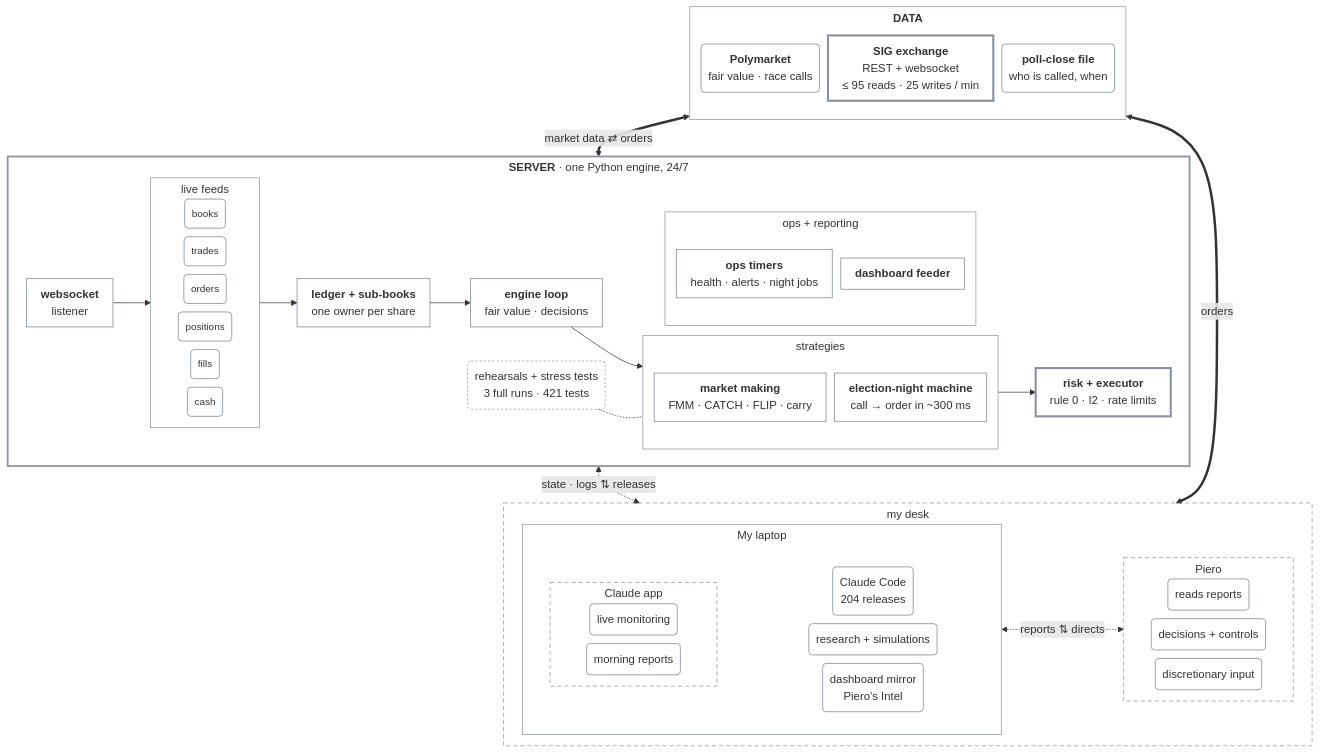
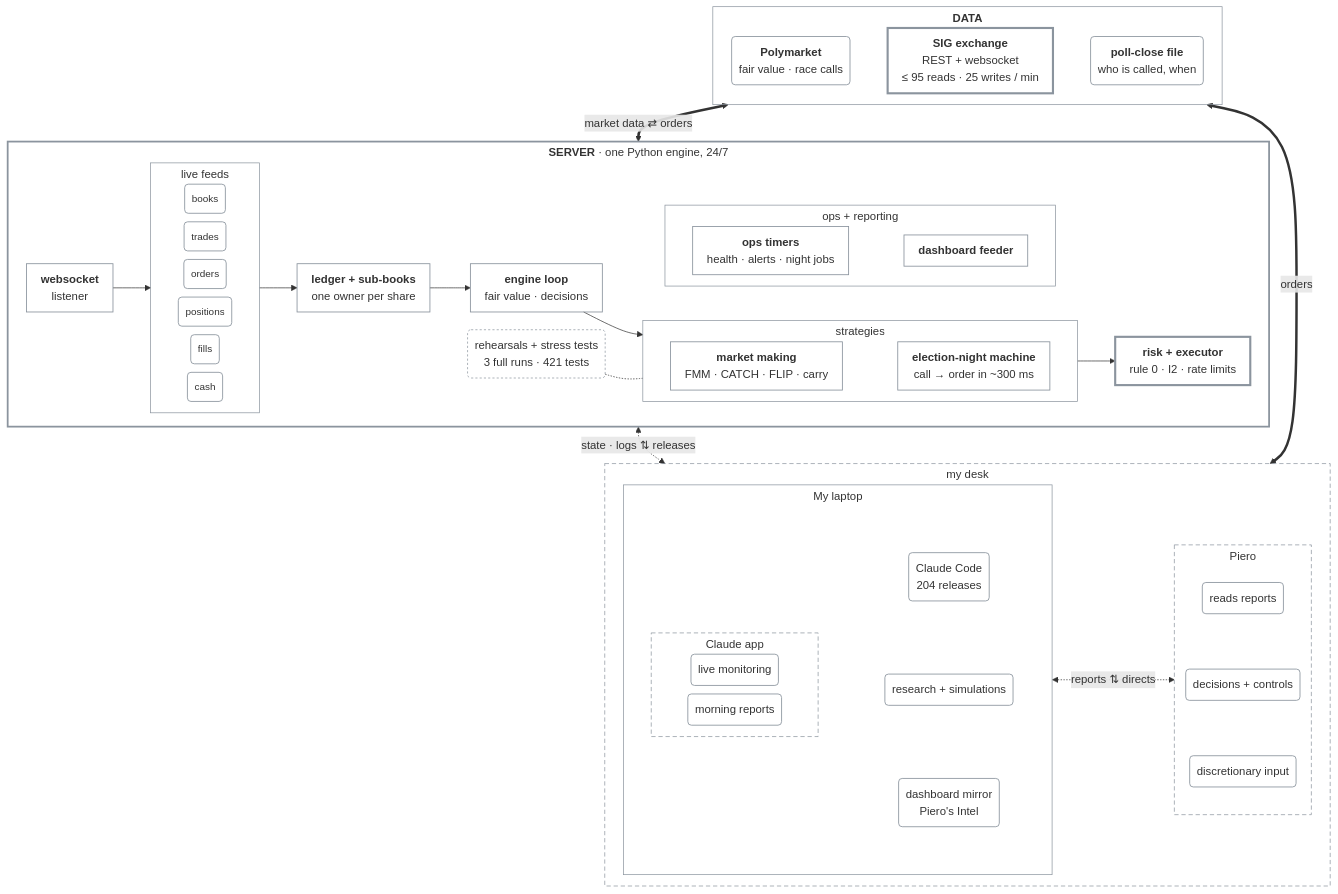
The diagram in README.md (pieropls/PredictionsCup26), drawn with Mermaid before and after one commit.

Commit message:
README: diagram v9 laid out for github.com
github.com draws mermaid with a newer layout that follows each group's direction: DATA, the strategies and ops + reporting stacked vertically and the boxes reordered. Group directions and invisible links now give the same layout as the v9 render. No box moved or renamed.

```diff
--- a/README.md
+++ b/README.md
@@ -79,10 +79,11 @@
 %%{init: {"flowchart": {"curve": "basis", "nodeSpacing": 12, "rankSpacing": 28, "padding": 10, "wrappingWidth": 300, "subGraphTitleMargin": {"top": 4, "bottom": 10}}, "themeVariables": {"fontSize": "16px"}}}%%
 flowchart TB
   subgraph DATA["<b>DATA</b>"]
-    direction TB
+    direction LR
     PM("<b>Polymarket</b><br/>fair value · race calls")
     SIG["<b>SIG exchange</b><br/>REST + websocket<br/>≤ 95 reads · 25 writes / min"]
     POLL("<b>poll-close file</b><br/>who is called, when")
+    PM ~~~ SIG ~~~ POLL
   end
 
   subgraph SERVER["<b>SERVER</b> · one Python engine, 24/7"]
@@ -100,16 +101,18 @@
     LEDGER["<b>ledger + sub-books</b><br/>one owner per share"]
     LOOP["<b>engine loop</b><br/>fair value · decisions"]
     subgraph STRAT["strategies"]
-      direction TB
+      direction LR
       MM["<b>market making</b><br/>FMM · CATCH · FLIP · carry"]
       NIGHT["<b>election-night machine</b><br/>call → order in ~300 ms"]
+      MM ~~~ NIGHT
     end
     REH("rehearsals + stress tests<br/>3 full runs · 421 tests")
     EXEC["<b>risk + executor</b><br/>rule 0 · I2 · rate limits"]
     subgraph SUPPORT["ops + reporting"]
-      direction TB
+      direction LR
       OPS["<b>ops timers</b><br/>health · alerts · night jobs"]
       FEEDER["<b>dashboard feeder</b>"]
+      OPS ~~~ FEEDER
     end
     WS --> FEEDS --> LEDGER --> LOOP
     LOOP --> STRAT --> EXEC
@@ -128,18 +131,20 @@
         MORN("morning reports")
       end
       subgraph TOOLS[" "]
-        direction LR
+        direction TB
         CC("Claude Code<br/>204 releases")
         RES("research + simulations")
         MIRROR("dashboard mirror<br/>Piero's Intel")
+        CC ~~~ RES ~~~ MIRROR
       end
       CLAUDE ~~~ TOOLS
     end
     subgraph PIERO["Piero"]
-      direction LR
+      direction TB
       READ("reads reports")
       DEC("decisions + controls")
       OVER("discretionary input")
+      READ ~~~ DEC ~~~ OVER
     end
     LAPTOP <-.->|reports ⇅ directs| PIERO
   end
```
